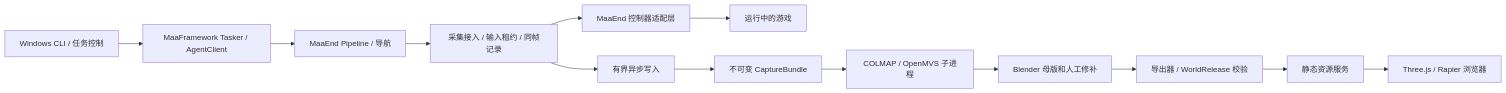
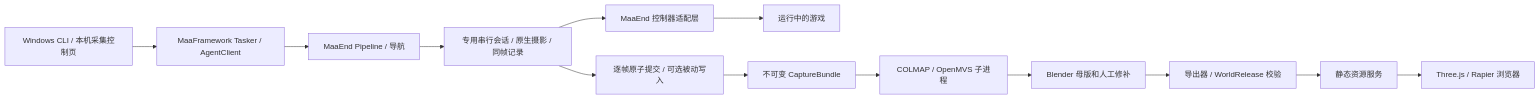
Before and after one commit to RabbitStudioChino/enfield-capture-maaend: the first of 2 diagrams in docs/capture/architecture.md, drawn with Mermaid. The commit also changed other lines of this file and 10 other files, not shown here.

````diff
--- a/docs/capture/architecture.md
+++ b/docs/capture/architecture.md
@@ -28,15 +28,15 @@
 ```mermaid
 flowchart LR
-    U[Windows CLI / 任务控制] --> H[MaaFramework Tasker / AgentClient]
+    U[Windows CLI / 本机采集控制页] --> H[MaaFramework Tasker / AgentClient]
     H --> P[MaaEnd Pipeline / 导航]
-    P --> A[采集接入 / 输入租约 / 同帧记录]
+    P --> A[专用串行会话 / 原生摄影 / 同帧记录]
     A --> C[MaaEnd 控制器适配层]
     C --> G[运行中的游戏]
-    A --> W[有界异步写入]
+    A --> W[逐帧原子提交 / 可选被动写入]
     W --> B[不可变 CaptureBundle]
     B --> R[COLMAP / OpenMVS 子进程]
     R --> M[Blender 母版和人工修补]
     M --> E[导出器 / WorldRelease 校验]
     E --> S[静态资源服务]
     S --> V[Three.js / Rapier 浏览器]
 ```
````
